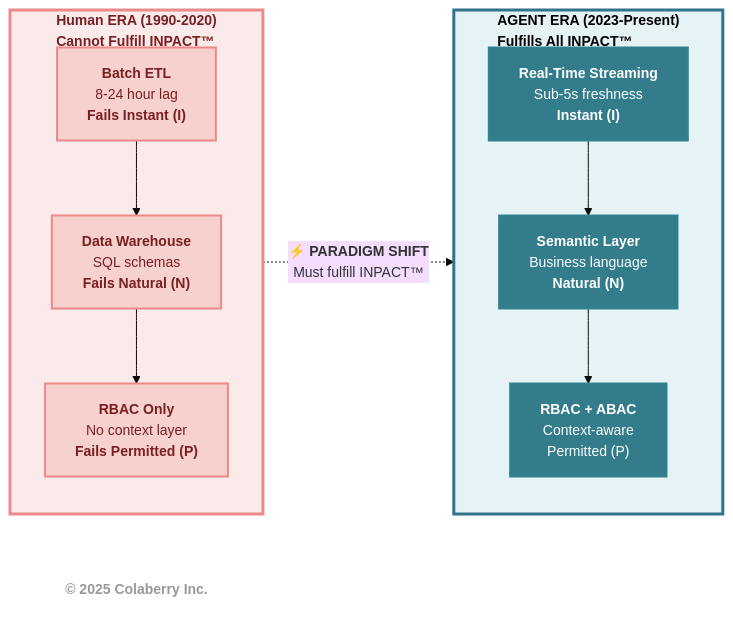
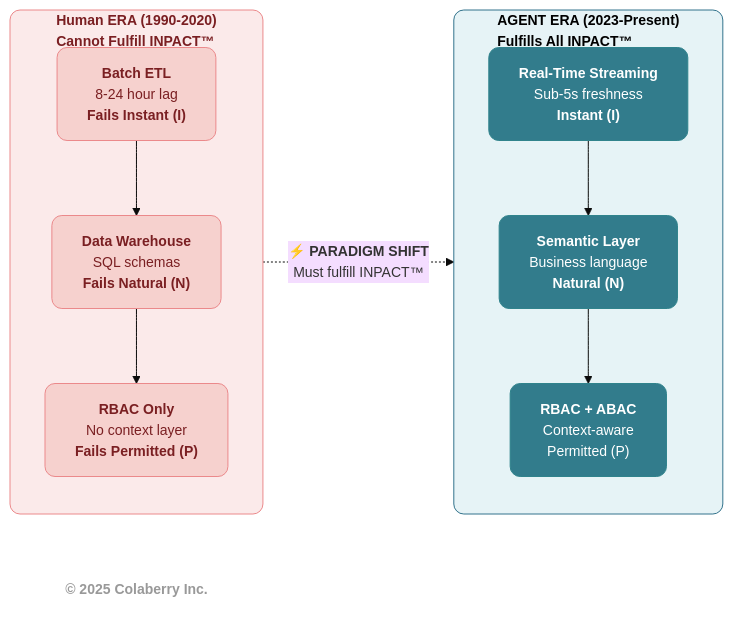
The fifth of 6 diagrams in manuscript/02_chapter_1_why_agents_fail.md (colaberry/trust-before-intelligence-book), drawn with Mermaid before and after one commit. The commit also changed other lines of this file and 12 other files, not shown here.

````diff
--- a/manuscript/02_chapter_1_why_agents_fail.md
+++ b/manuscript/02_chapter_1_why_agents_fail.md
@@ -565,43 +568,43 @@
 ```mermaid
 %%{init: {'theme':'base', 'themeVariables': {'fontSize':'14px'}}}%%
 
 graph LR
     %% BI ERA (1990-2020) - Red Subgraph
     subgraph BI["<b>Human ERA (1990-2020) <br/> Cannot Fulfill INPACT™</b><br/>"]
         direction TB
         ETL["<b>Batch ETL</b><br/>8-24 hour lag<br/><b> Fails Instant (I)</b>"]
         DW["<b>Data Warehouse</b><br/>SQL schemas<br/><b> Fails Natural (N)</b>"]
         RBAC["<b>RBAC Only</b><br/>No context layer<br/><b> Fails Permitted (P)</b>"]
         
         ETL --> DW --> RBAC
     end
     
     %% PARADIGM SHIFT - Bold Arrow
     BI -.->|"<b>⚡ PARADIGM SHIFT</b><br/>Must fulfill INPACT™"| AGENT
     
     %% AGENT ERA (2023-) - Green Subgraph
     subgraph AGENT["<b>AGENT ERA (2023-Present) <br/> Fulfills All INPACT™</b><br/>"]
         direction TB
         STREAM["<b>Real-Time Streaming</b><br/>Sub-5s freshness<br/><b> Instant (I)</b>"]
         SEMANTIC["<b>Semantic Layer</b><br/>Business language<br/><b> Natural (N)</b>"]
         ABAC["<b>RBAC + ABAC</b><br/>Context-aware<br/> Permitted (P)"]
         
         STREAM --> SEMANTIC --> ABAC
     end
     
     %% Styling - CORRECTED COLORS FROM APPROVED PALETTE
-    style BI fill:#FBEAEA,stroke:#EB898B,stroke-width:3px,color:#7A1F22
-    style AGENT fill:#E6F3F6,stroke:#32738C,stroke-width:3px,color:#000000
+    style BI fill:#FBEAEA,stroke:#EB898B,stroke-width:1px,color:#7A1F22,rx:10,ry:10
+    style AGENT fill:#E6F3F6,stroke:#32738C,stroke-width:1px,color:#000000,rx:10,ry:10
 
-    style ETL fill:#F6D1CE,stroke:#EB898B,stroke-width:2px,color:#7A1F22
-    style DW fill:#F6D1CE,stroke:#EB898B,stroke-width:2px,color:#7A1F22
-    style RBAC fill:#F6D1CE,stroke:#EB898B,stroke-width:2px,color:#7A1F22
+    style ETL fill:#F6D1CE,stroke:#EB898B,stroke-width:1px,color:#7A1F22,rx:10,ry:10
+    style DW fill:#F6D1CE,stroke:#EB898B,stroke-width:1px,color:#7A1F22,rx:10,ry:10
+    style RBAC fill:#F6D1CE,stroke:#EB898B,stroke-width:1px,color:#7A1F22,rx:10,ry:10
     
-    style STREAM fill:#327C8C,stroke:#30838C,stroke-width:2px,color:#ffffff
-    style SEMANTIC fill:#327C8C,stroke:#30838C,stroke-width:2px,color:#ffffff
-    style ABAC fill:#327C8C,stroke:#30838C,stroke-width:2px,color:#ffffff
+    style STREAM fill:#327C8C,stroke:#30838C,stroke-width:1px,color:#ffffff,rx:10,ry:10
+    style SEMANTIC fill:#327C8C,stroke:#30838C,stroke-width:1px,color:#ffffff,rx:10,ry:10
+    style ABAC fill:#327C8C,stroke:#30838C,stroke-width:1px,color:#ffffff,rx:10,ry:10
     
     %% Copyright (MANDATORY)
     CR["<b>© 2025 Colaberry Inc.</b>"]
     style CR fill:none,stroke:none,color:#999999
 ```
````
